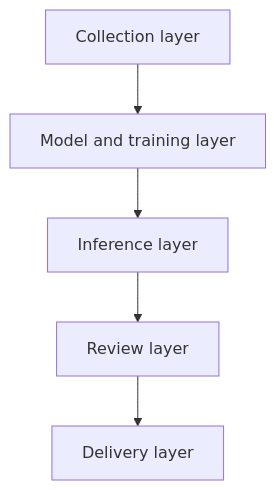
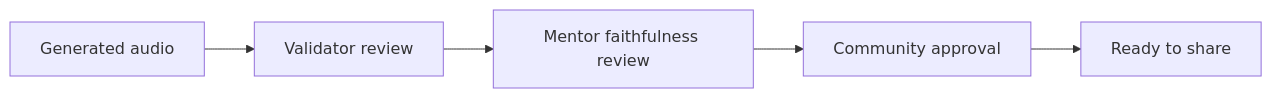
One commit to shemaobt/docs changed the fourth of 4 diagrams in site/docs/architecture/tripod-overview.md. Above: the diagram before and after it, drawn with Mermaid. The commit also changed other lines of this file, not shown here.

First line of the commit message:
docs(architecture): rewrite Tripod overview in plain language

````diff
--- a/site/docs/architecture/tripod-overview.md
+++ b/site/docs/architecture/tripod-overview.md
@@ -330,7 +143,7 @@
 ```mermaid
-flowchart TB
-    A[Collection layer] --> B[Model and training layer]
-    B --> C[Inference layer]
-    C --> D[Review layer]
-    D --> E[Delivery layer]
+flowchart LR
+    A[Generated audio] --> B[Validator review]
+    B --> C[Mentor faithfulness review]
+    C --> D[Community approval]
+    D --> E[Ready to share]
 ```
````
